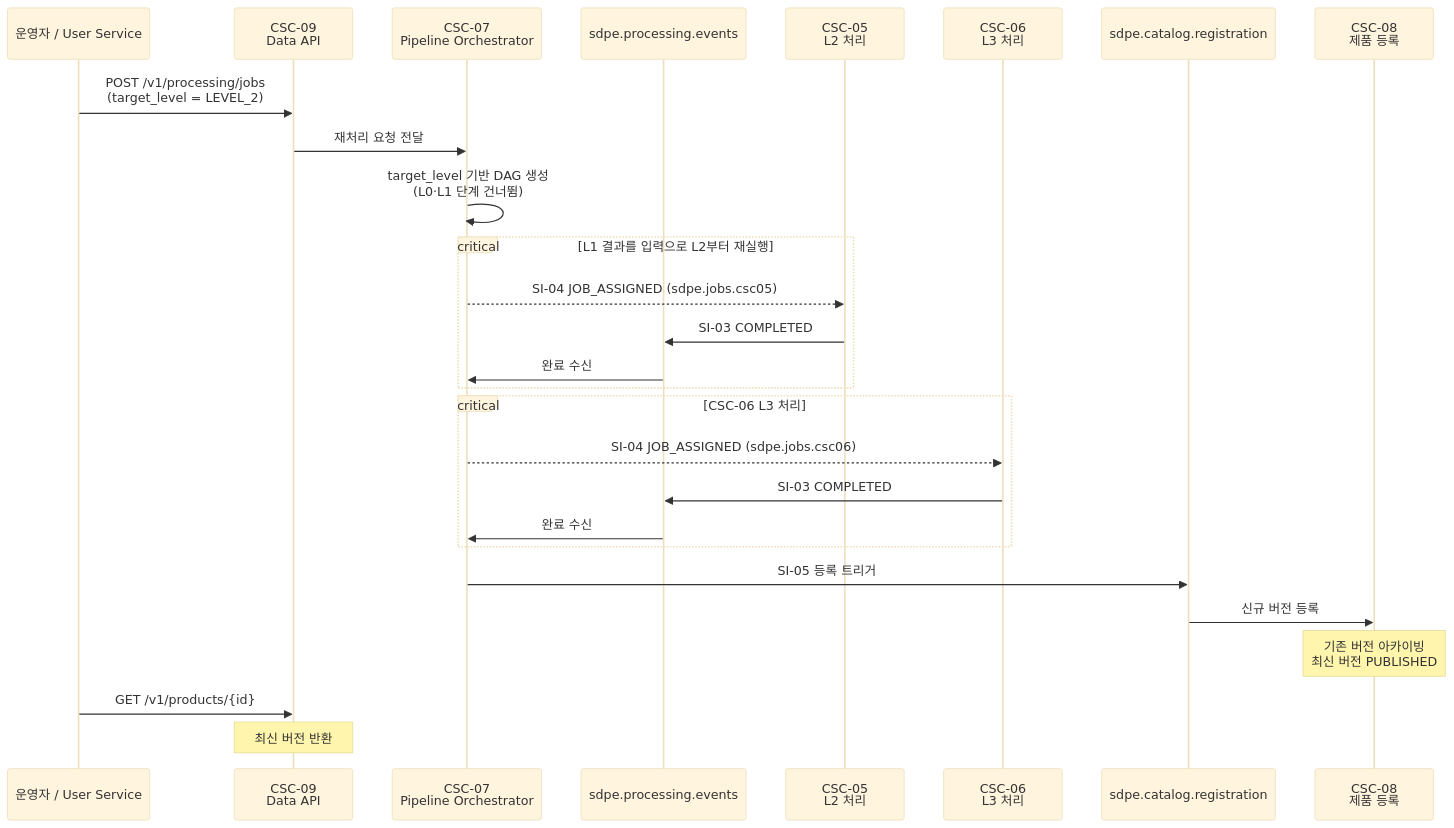
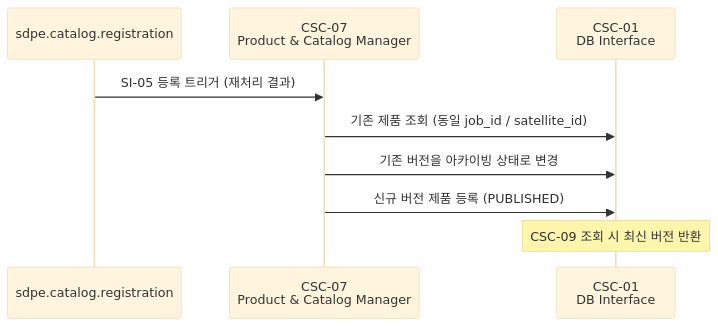
One commit to GTD-web/sar-data-process-element changed the second of 2 diagrams in interfaces/csc-7/README.md. Above: the diagram before and after it, drawn with Mermaid (base theme). The commit also changed other lines of this file and 139 other files, not shown here.

````diff
--- a/interfaces/csc-7/README.md
+++ b/interfaces/csc-7/README.md
@@ -168,34 +96,12 @@
 ```mermaid
 sequenceDiagram
-    participant OP as 운영자 / User Service
-    participant CSC09 as CSC-09<br/>Data API
-    participant CSC07 as CSC-07<br/>Pipeline Orchestrator
-    participant Q_PE as sdpe.processing.events
-    participant CSC05 as CSC-05<br/>L2 처리
-    participant CSC06 as CSC-06<br/>L3 처리
     participant Q_CR as sdpe.catalog.registration
-    participant CSC08 as CSC-08<br/>제품 등록
+    participant CSC07 as CSC-07<br/>Product & Catalog Manager
+    participant DB as CSC-01<br/>DB Interface
 
-    OP->>CSC09: POST /v1/processing/jobs<br/>(target_level = LEVEL_2)
-    CSC09->>CSC07: 재처리 요청 전달
-    CSC07->>CSC07: target_level 기반 DAG 생성<br/>(L0·L1 단계 건너뜀)
-
-    critical L1 결과를 입력으로 L2부터 재실행
-        CSC07-->>CSC05: SI-04 JOB_ASSIGNED (sdpe.jobs.csc05)
-        CSC05->>Q_PE: SI-03 COMPLETED
-        Q_PE->>CSC07: 완료 수신
-    end
-
-    critical CSC-06 L3 처리
-        CSC07-->>CSC06: SI-04 JOB_ASSIGNED (sdpe.jobs.csc06)
-        CSC06->>Q_PE: SI-03 COMPLETED
-        Q_PE->>CSC07: 완료 수신
-    end
-
-    CSC07->>Q_CR: SI-05 등록 트리거
-    Q_CR->>CSC08: 신규 버전 등록
-    Note over CSC08: 기존 버전 아카이빙<br/>최신 버전 PUBLISHED
-
-    OP->>CSC09: GET /v1/products/{id}
-    Note over CSC09: 최신 버전 반환
+    Q_CR->>CSC07: SI-05 등록 트리거 (재처리 결과)
+    CSC07->>DB: 기존 제품 조회 (동일 job_id / satellite_id)
+    CSC07->>DB: 기존 버전을 아카이빙 상태로 변경
+    CSC07->>DB: 신규 버전 제품 등록 (PUBLISHED)
+    Note over DB: CSC-09 조회 시 최신 버전 반환
 ```
````
